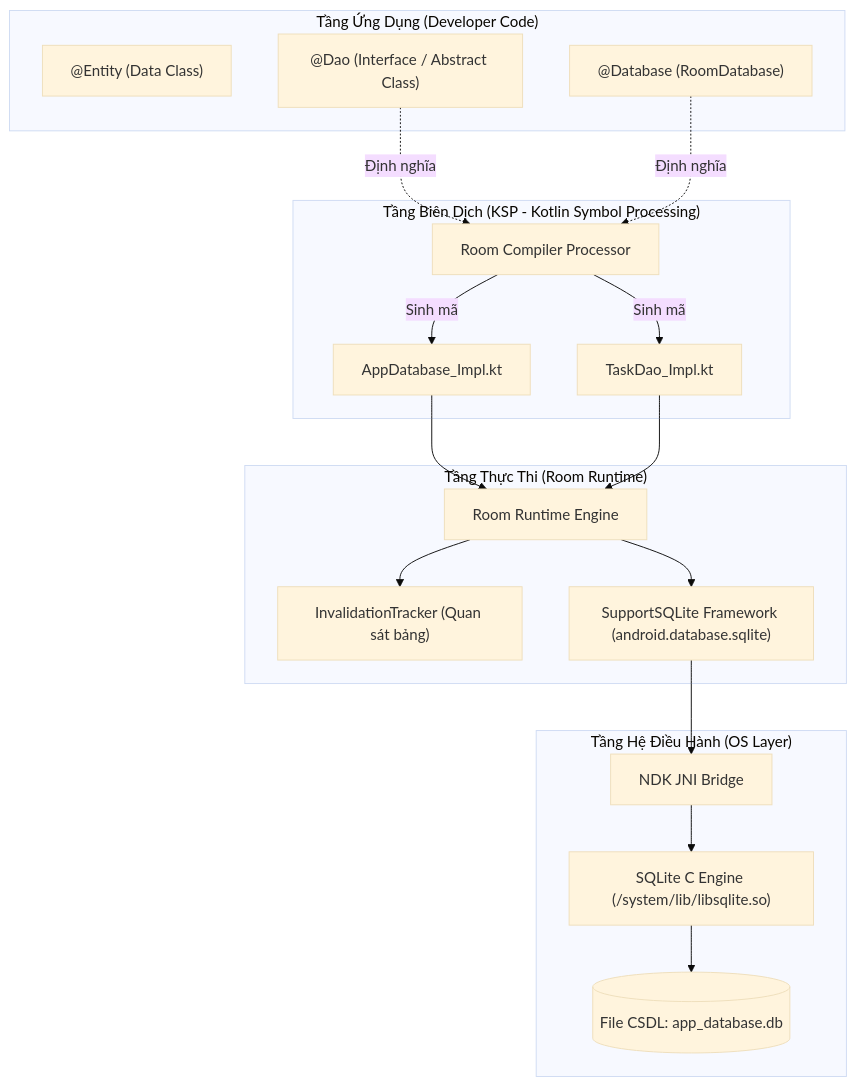
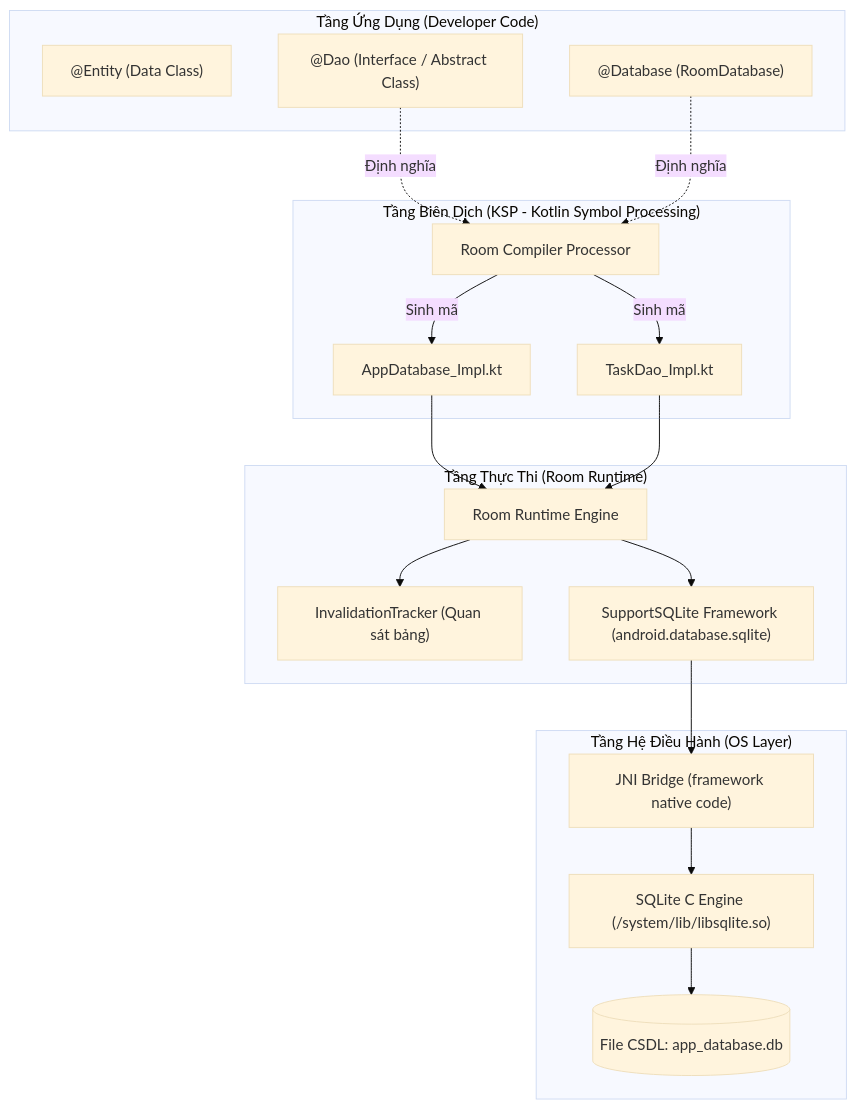
Before and after one commit to h1eu/knowledge: the first of 6 diagrams in knowledge/android/docs/session_05/data_store/room_architecture.md, drawn with Mermaid (base theme). The commit also changed other lines of this file and 10 other files, not shown here.

````diff
--- a/knowledge/android/docs/session_05/data_store/room_architecture.md
+++ b/knowledge/android/docs/session_05/data_store/room_architecture.md
@@ -71,38 +77,38 @@
 ```mermaid
 graph TD
     subgraph "Tầng Ứng Dụng (Developer Code)"
         Entity["@Entity (Data Class)"]
         DAO["@Dao (Interface / Abstract Class)"]
         DB["@Database (RoomDatabase)"]
     end
 
     subgraph "Tầng Biên Dịch (KSP - Kotlin Symbol Processing)"
         KSP[Room Compiler Processor]
         GenDB["AppDatabase_Impl.kt"]
         GenDAO["TaskDao_Impl.kt"]
     end
 
     subgraph "Tầng Thực Thi (Room Runtime)"
         RoomRuntime["Room Runtime Engine"]
         InvalidationTracker["InvalidationTracker (Quan sát bảng)"]
         SQLiteDriver["SupportSQLite Framework (android.database.sqlite)"]
     end
 
     subgraph "Tầng Hệ Điều Hành (OS Layer)"
-        NDK["NDK JNI Bridge"]
+        NDK["JNI Bridge (framework native code)"]
         SQLiteC["SQLite C Engine (/system/lib/libsqlite.so)"]
         DBFile[("File CSDL: app_database.db")]
     end
 
     DAO -.->|Định nghĩa| KSP
     DB -.->|Định nghĩa| KSP
     KSP -->|Sinh mã| GenDB
     KSP -->|Sinh mã| GenDAO
     GenDB --> RoomRuntime
     GenDAO --> RoomRuntime
     RoomRuntime --> InvalidationTracker
     RoomRuntime --> SQLiteDriver
     SQLiteDriver --> NDK
     NDK --> SQLiteC
     SQLiteC --> DBFile
 ```
````
